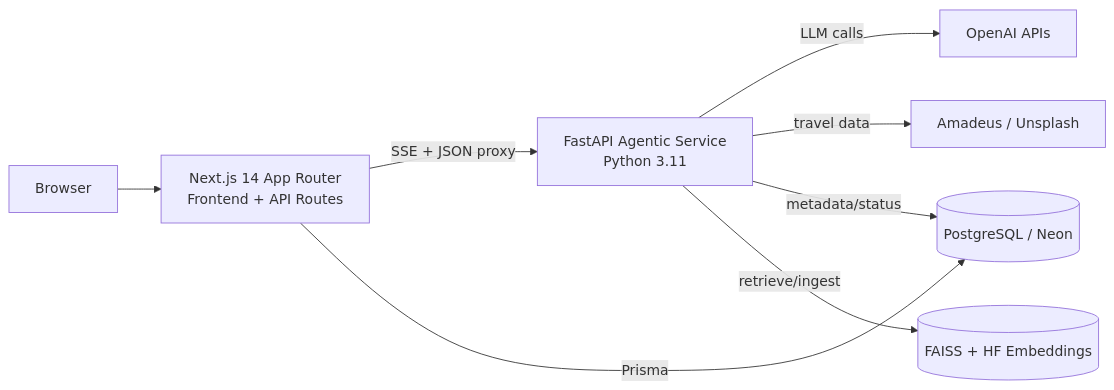
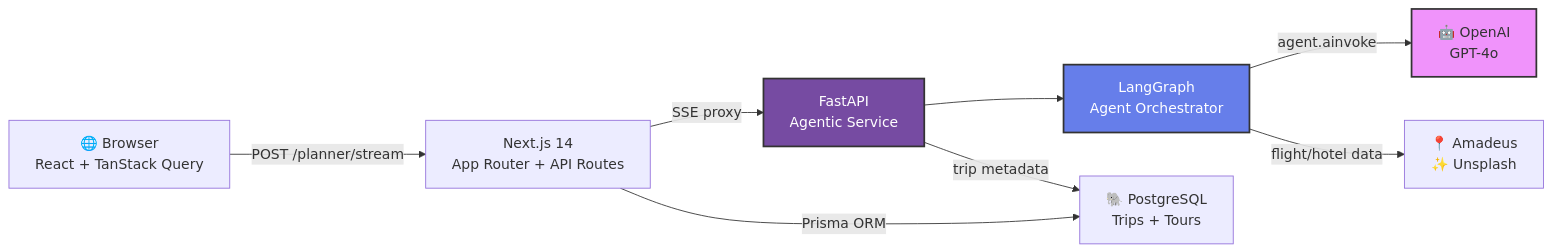
One commit to taroserigano/S3-File-uploadingsz_-- changed the diagram in README.md. Above: the diagram before and after it, drawn with Mermaid. The commit also changed other lines of this file, not shown here.

````diff
--- a/README.md
+++ b/README.md
@@ -27,18 +32,22 @@
 ```mermaid
-flowchart LR
-  U[Browser]
-  N[Next.js 14 App Router\nFrontend + API Routes]
-  F[FastAPI Agentic Service\nPython 3.11]
-  O[OpenAI APIs]
-  A[Amadeus / Unsplash]
-  P[(PostgreSQL / Neon)]
-  V[(FAISS + HF Embeddings)]
-
-  U --> N
-  N -->|SSE + JSON proxy| F
-  N -->|Prisma| P
-  F -->|LLM calls| O
-  F -->|travel data| A
-  F -->|metadata/status| P
-  F -->|retrieve/ingest| V
+graph LR
+    U["🌐 Browser<br/>React + TanStack Query"]
+    N["Next.js 14<br/>App Router + API Routes"]
+    F["FastAPI<br/>Agentic Service"]
+    LG["LangGraph<br/>Agent Orchestrator"]
+    LLM["🤖 OpenAI<br/>GPT-4o"]
+    APIs["📍 Amadeus<br/>✨ Unsplash"]
+    DB["🐘 PostgreSQL<br/>Trips + Tours"]
+    
+    U -->|POST /planner/stream| N
+    N -->|SSE proxy| F
+    F --> LG
+    LG -->|agent.ainvoke| LLM
+    LG -->|flight/hotel data| APIs
+    N -->|Prisma ORM| DB
+    F -->|trip metadata| DB
+    
+    style LG fill:#667eea,stroke:#333,stroke-width:2px,color:#fff
+    style F fill:#764ba2,stroke:#333,stroke-width:2px,color:#fff
+    style LLM fill:#f093fb,stroke:#333,stroke-width:2px,color:#333
 ```
````
